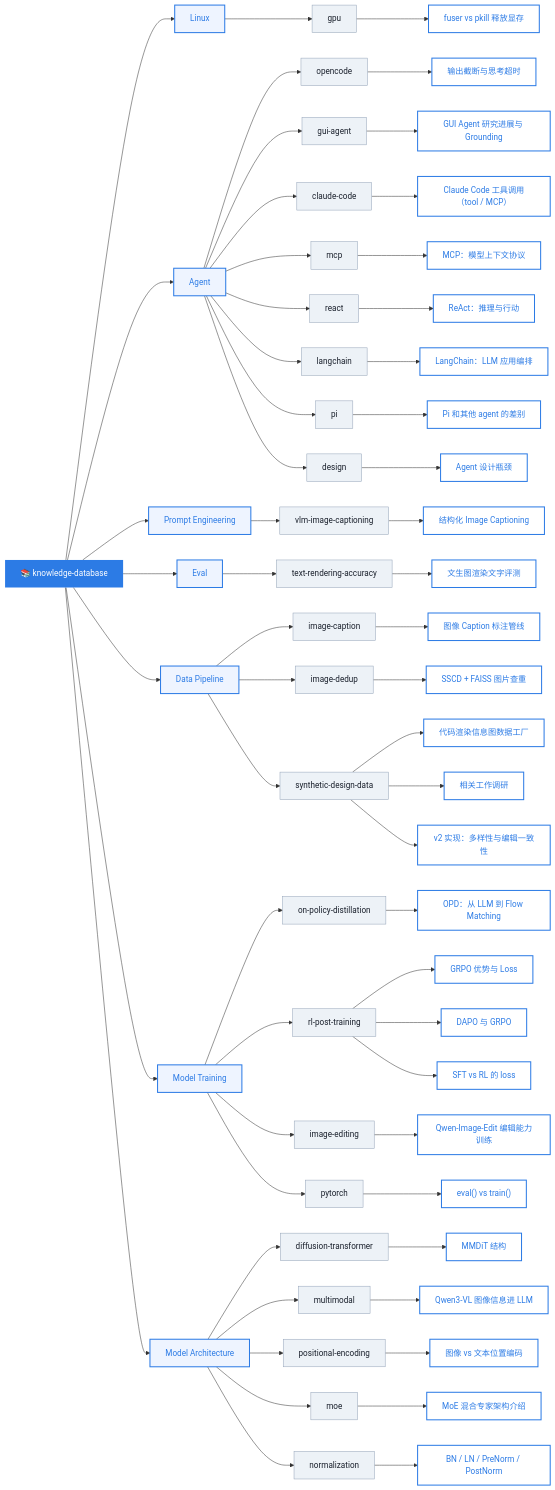
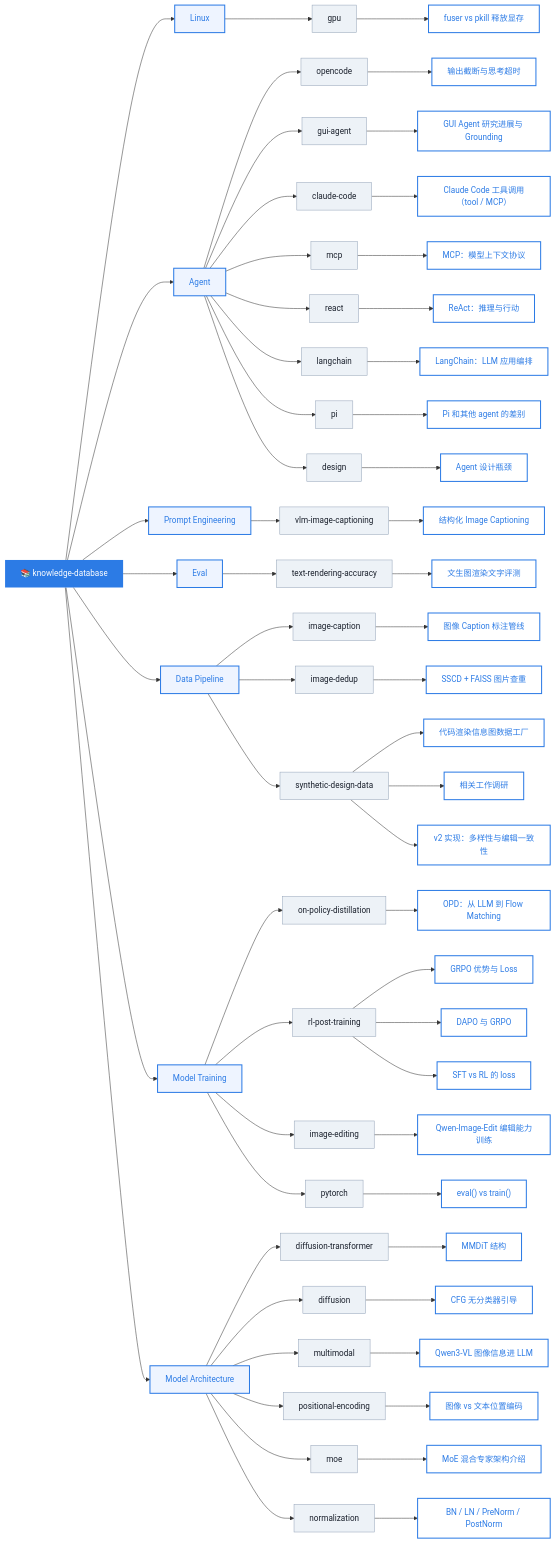
Before and after one commit to caseclose/knowledge-database: the diagram in README.md, drawn with Mermaid. The commit also changed other lines of this file and 2 other files, not shown here.

Commit message:
add: CFG（Classifier-Free Guidance）知识点
补充扩散采样里无分类器引导的公式、训练时 drop 条件、以及和 classifier guidance 的对照。

````diff
--- a/README.md
+++ b/README.md
@@ -69,6 +69,8 @@
 
     MA --> DT["diffusion-transformer"]
     DT --> K16["MMDiT 结构"]
+    MA --> Diff["diffusion"]
+    Diff --> K28["CFG 无分类器引导"]
     MA --> MM["multimodal"]
     MM --> K17["Qwen3-VL 图像信息进 LLM"]
     MA --> PEnc["positional-encoding"]
@@ -85,8 +87,8 @@
 
     class KB root
     class Linux,Agent,PE,Eval,DP,MT,MA category
-    class GPU,OC,GUI,CC,MCP,RA,LC,PI,AD,PE1,EV1,DP1,DP2,DP3,OPD,RLPT,IE,PT,DT,MM,PEnc,MoE,Norm sub
-    class K1,K2,K3,K4,K5,K6,K7,K8,K9,K10,K11,K12,K13,K14,K15,K16,K17,K18,K19,K20,K21,K22,K23,K24,K25,K26,K27 knowledge
+    class GPU,OC,GUI,CC,MCP,RA,LC,PI,AD,PE1,EV1,DP1,DP2,DP3,OPD,RLPT,IE,PT,DT,Diff,MM,PEnc,MoE,Norm sub
+    class K1,K2,K3,K4,K5,K6,K7,K8,K9,K10,K11,K12,K13,K14,K15,K16,K17,K18,K19,K20,K21,K22,K23,K24,K25,K26,K27,K28 knowledge
 
     click K1 href "#/linux/gpu/fuser-vs-pkill-release-gpu-memory"
     click K2 href "#/agent/opencode/output-truncation-and-thinking-timeout"
@@ -115,4 +117,5 @@
     click K25 href "#/model-training/rl-post-training/sft-vs-rl-loss"
     click K26 href "#/agent/pi/pi-vs-other-agents"
     click K27 href "#/agent/design/agent-design-bottlenecks"
+    click K28 href "#/model-architecture/diffusion/classifier-free-guidance"
 ```
````
